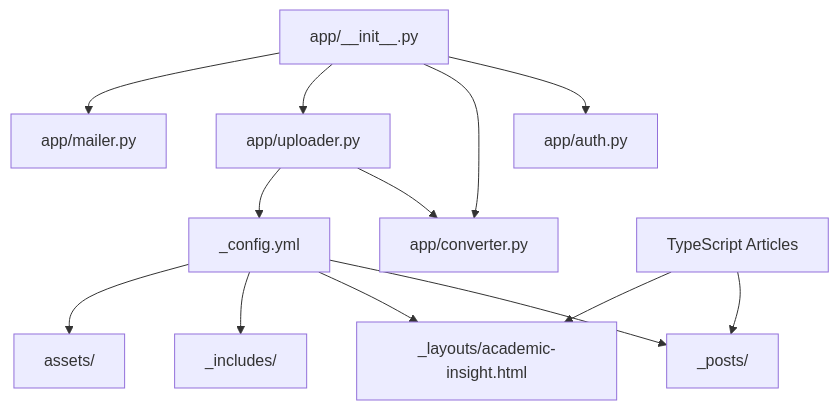
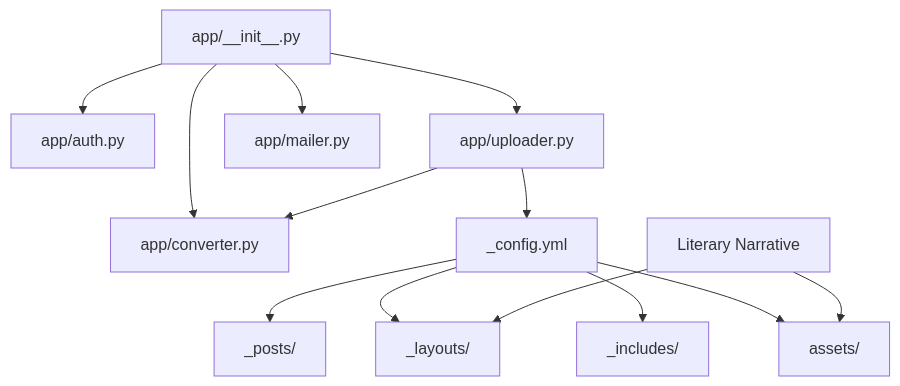
The eighth of 8 diagrams in .qoder/repowiki/en/content/Frontend Application/Article Presentation System/TypeScript as JavaScript's Superset.md (PolarisW007/PolaZhenJing), drawn with Mermaid before and after one commit. The commit also changed other lines of this file and 2 other files, not shown here.

````diff
--- a/.qoder/repowiki/en/content/Frontend Application/Article Presentation System/TypeScript as JavaScript's Superset.md
+++ b/.qoder/repowiki/en/content/Frontend Application/Article Presentation System/TypeScript as JavaScript's Superset.md
@@ -339,15 +393,15 @@
 ```mermaid
 graph TB
 Init["app/__init__.py"] --> Auth["app/auth.py"]
 Init --> Conv["app/converter.py"]
 Init --> Up["app/uploader.py"]
 Init --> Mail["app/mailer.py"]
 Up --> Conv
 Up --> Jekyll["_config.yml"]
 Jekyll --> Posts["_posts/"]
-Jekyll --> Layouts["_layouts/academic-insight.html"]
+Jekyll --> Layouts["_layouts/"]
 Jekyll --> Includes["_includes/"]
 Jekyll --> Assets["assets/"]
-TS["TypeScript Articles"] --> Posts
-TS --> Layouts
+LN["Literary Narrative"] --> Layouts
+LN --> Assets
 ```
````
